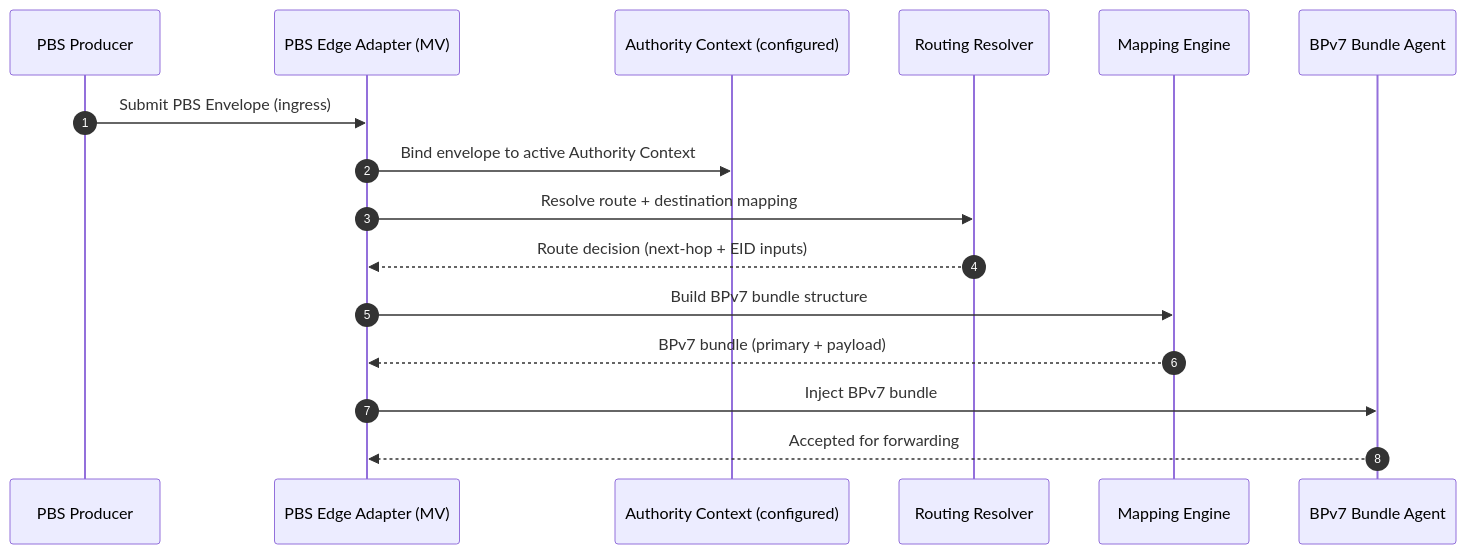
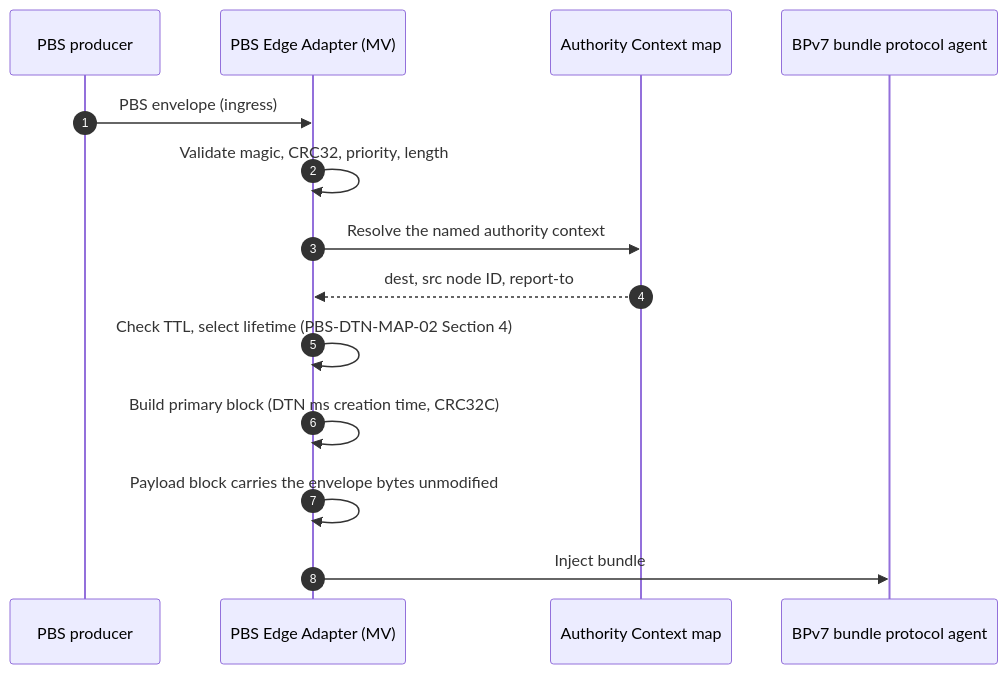
One commit to Pale-Blue-Systems/PBS-EDGE-ADAPTER-MV changed the third of 6 diagrams in DOCS/PBS-EDGE-ARCHITECTURE.md. Above: the diagram before and after it, drawn with Mermaid. The commit also changed other lines of this file and 4 other files, not shown here.

````diff
--- a/DOCS/PBS-EDGE-ARCHITECTURE.md
+++ b/DOCS/PBS-EDGE-ARCHITECTURE.md
@@ -89,19 +95,17 @@
 ```mermaid
 sequenceDiagram
   autonumber
-  participant P as PBS Producer
+  participant P as PBS producer
   participant A as PBS Edge Adapter (MV)
-  participant AC as Authority Context (configured)
-  participant R as Routing Resolver
-  participant M as Mapping Engine
-  participant B as BPv7 Bundle Agent
+  participant AC as Authority Context map
+  participant B as BPv7 bundle protocol agent
 
-  P->>A: Submit PBS Envelope (ingress)
-  A->>AC: Bind envelope to active Authority Context
-  A->>R: Resolve route + destination mapping
-  R-->>A: Route decision (next-hop + EID inputs)
-  A->>M: Build BPv7 bundle structure
-  M-->>A: BPv7 bundle (primary + payload)
-  A->>B: Inject BPv7 bundle
-  B-->>A: Accepted for forwarding
+  P->>A: PBS envelope (ingress)
+  A->>A: Validate magic, CRC32, priority, length
+  A->>AC: Resolve the named authority context
+  AC-->>A: dest, src node ID, report-to
+  A->>A: Check TTL, select lifetime (PBS-DTN-MAP-02 Section 4)
+  A->>A: Build primary block (DTN ms creation time, CRC32C)
+  A->>A: Payload block carries the envelope bytes unmodified
+  A->>B: Inject bundle
 ```
````
